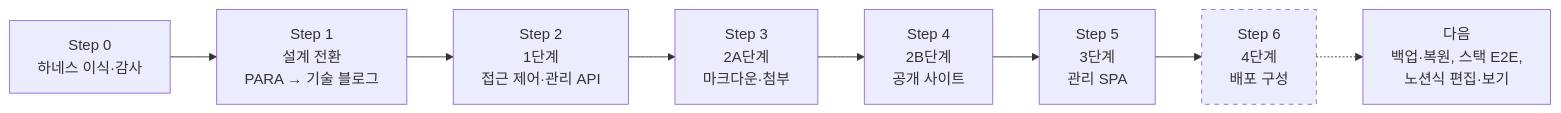
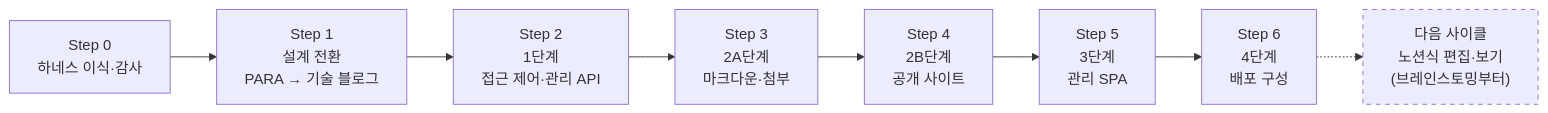
The first of 24 diagrams in docs/worklog.md (BerryBless/WebProject), drawn with Mermaid before and after one commit. The commit also changed other lines of this file, not shown here.

````diff
--- a/docs/worklog.md
+++ b/docs/worklog.md
@@ -22,11 +22,11 @@
 ```mermaid
 flowchart LR
     S0["Step 0<br/>하네스 이식·감사"] --> S1["Step 1<br/>설계 전환<br/>PARA → 기술 블로그"]
     S1 --> S2["Step 2<br/>1단계<br/>접근 제어·관리 API"]
     S2 --> S3["Step 3<br/>2A단계<br/>마크다운·첨부"]
     S3 --> S4["Step 4<br/>2B단계<br/>공개 사이트"]
     S4 --> S5["Step 5<br/>3단계<br/>관리 SPA"]
     S5 --> S6["Step 6<br/>4단계<br/>배포 구성"]
-    S6 -.-> NEXT["다음<br/>백업·복원, 스택 E2E,<br/>노션식 편집·보기"]
-    style S6 stroke-dasharray: 5 5
+    S6 -.-> NEXT["다음 사이클<br/>노션식 편집·보기<br/>(브레인스토밍부터)"]
+    style NEXT stroke-dasharray: 5 5
 ```
````
